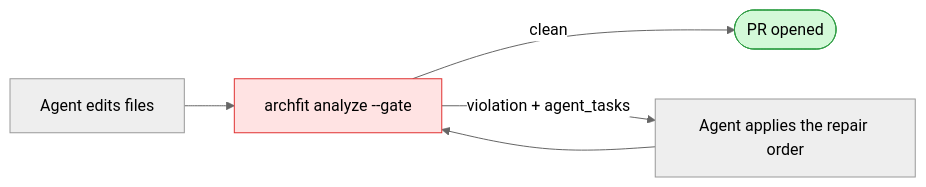
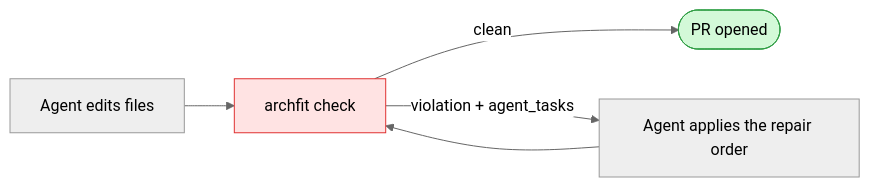
One commit to alexei-led/archfit changed the first of 2 diagrams in README.md. Above: the diagram before and after it, drawn with Mermaid (neutral theme). The commit also changed other lines of this file and 56 other files, not shown here.

````diff
--- a/README.md
+++ b/README.md
@@ -77,11 +77,11 @@
 ```mermaid
 flowchart LR
-    A[Agent edits files] --> C["archfit analyze --gate"]
+    A[Agent edits files] --> C["archfit check"]
     C -->|clean| P([PR opened])
     C -->|violation + agent_tasks| R[Agent applies the repair order]
     R --> C
     classDef ok fill:#d3f9d8,stroke:#2f9e44,color:#000;
     classDef gate fill:#ffe3e3,stroke:#e03131,color:#000;
     class P ok;
     class C gate;
 ```
````
